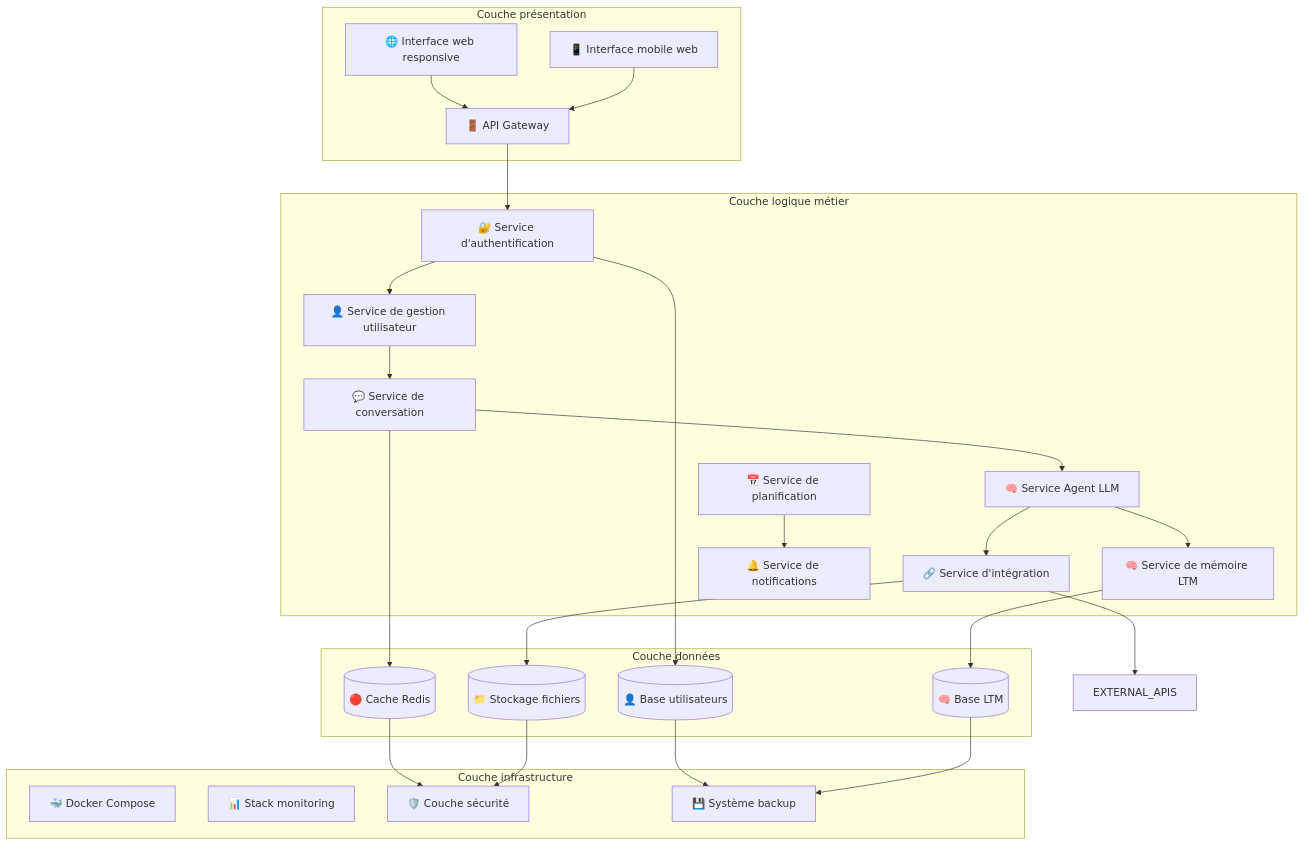
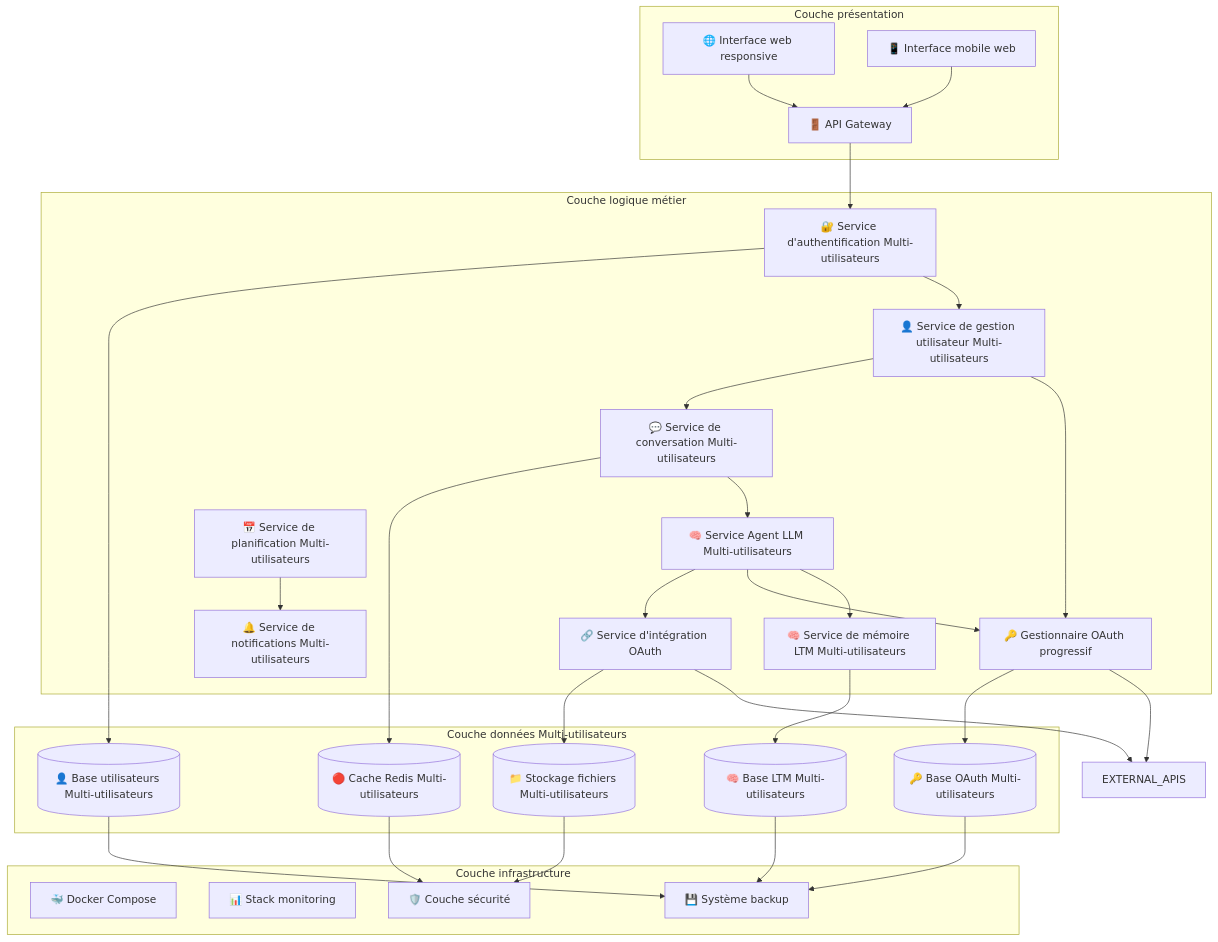
One commit to BlokusPokus/ai_assistant changed the second of 4 diagrams in docs/architecture/4_MAS_application_model.md. Above: the diagram before and after it, drawn with Mermaid. The commit also changed other lines of this file and 13 other files, not shown here.

First line of the commit message:
feat: Enhance Architecture Documentation for Multi-User Support and OAuth Integration

````diff
--- a/docs/architecture/4_MAS_application_model.md
+++ b/docs/architecture/4_MAS_application_model.md
@@ -69,56 +88,63 @@
 ```mermaid
 graph TB
     subgraph "Couche présentation"
         WEB_UI[🌐 Interface web responsive]
         MOBILE_UI[📱 Interface mobile web]
         API_GATEWAY[🚪 API Gateway]
     end
 
     subgraph "Couche logique métier"
-        AUTH_SERVICE[🔐 Service d'authentification]
-        USER_SERVICE[👤 Service de gestion utilisateur]
-        CONVERSATION_SERVICE[💬 Service de conversation]
-        AGENT_SERVICE[🧠 Service Agent LLM]
-        MEMORY_SERVICE[🧠 Service de mémoire LTM]
-        PLANNING_SERVICE[📅 Service de planification]
-        INTEGRATION_SERVICE[🔗 Service d'intégration]
-        NOTIFICATION_SERVICE[🔔 Service de notifications]
+        AUTH_SERVICE[🔐 Service d'authentification Multi-utilisateurs]
+        USER_SERVICE[👤 Service de gestion utilisateur Multi-utilisateurs]
+        OAUTH_MANAGER[🔑 Gestionnaire OAuth progressif]
+        CONVERSATION_SERVICE[💬 Service de conversation Multi-utilisateurs]
+        AGENT_SERVICE[🧠 Service Agent LLM Multi-utilisateurs]
+        MEMORY_SERVICE[🧠 Service de mémoire LTM Multi-utilisateurs]
+        PLANNING_SERVICE[📅 Service de planification Multi-utilisateurs]
+        INTEGRATION_SERVICE[🔗 Service d'intégration OAuth]
+        NOTIFICATION_SERVICE[🔔 Service de notifications Multi-utilisateurs]
     end
 
-    subgraph "Couche données"
-        USER_DB[(👤 Base utilisateurs)]
-        LTM_DB[(🧠 Base LTM)]
-        CACHE_DB[(🔴 Cache Redis)]
-        FILE_STORAGE[(📁 Stockage fichiers)]
+    subgraph "Couche données Multi-utilisateurs"
+        USER_DB[(👤 Base utilisateurs Multi-utilisateurs)]
+        OAUTH_DB[(🔑 Base OAuth Multi-utilisateurs)]
+        LTM_DB[(🧠 Base LTM Multi-utilisateurs)]
+        CACHE_DB[(🔴 Cache Redis Multi-utilisateurs)]
+        FILE_STORAGE[(📁 Stockage fichiers Multi-utilisateurs)]
     end
 
     subgraph "Couche infrastructure"
         DOCKER_ORCHESTRATION[🐳 Docker Compose]
         MONITORING_STACK[📊 Stack monitoring]
         SECURITY_LAYER[🛡️ Couche sécurité]
         BACKUP_SYSTEM[💾 Système backup]
     end
 
     WEB_UI --> API_GATEWAY
     MOBILE_UI --> API_GATEWAY
     API_GATEWAY --> AUTH_SERVICE
 
     AUTH_SERVICE --> USER_SERVICE
+    USER_SERVICE --> OAUTH_MANAGER
     USER_SERVICE --> CONVERSATION_SERVICE
     CONVERSATION_SERVICE --> AGENT_SERVICE
     AGENT_SERVICE --> MEMORY_SERVICE
+    AGENT_SERVICE --> OAUTH_MANAGER
     AGENT_SERVICE --> INTEGRATION_SERVICE
 
     PLANNING_SERVICE --> NOTIFICATION_SERVICE
     INTEGRATION_SERVICE --> EXTERNAL_APIS
+    OAUTH_MANAGER --> EXTERNAL_APIS
 
     AUTH_SERVICE --> USER_DB
+    OAUTH_MANAGER --> OAUTH_DB
     MEMORY_SERVICE --> LTM_DB
     CONVERSATION_SERVICE --> CACHE_DB
     INTEGRATION_SERVICE --> FILE_STORAGE
 
     USER_DB --> BACKUP_SYSTEM
+    OAUTH_DB --> BACKUP_SYSTEM
     LTM_DB --> BACKUP_SYSTEM
     CACHE_DB --> SECURITY_LAYER
     FILE_STORAGE --> SECURITY_LAYER
 ```
````
